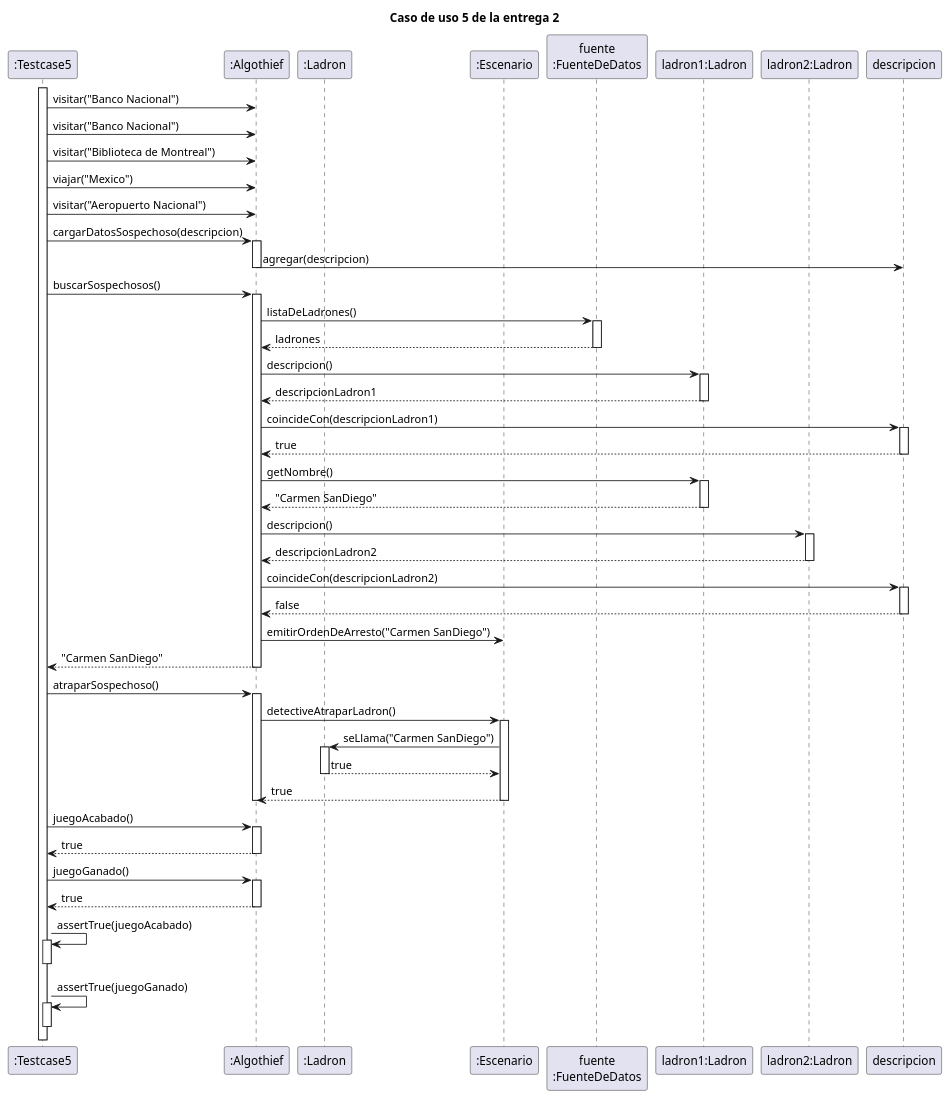
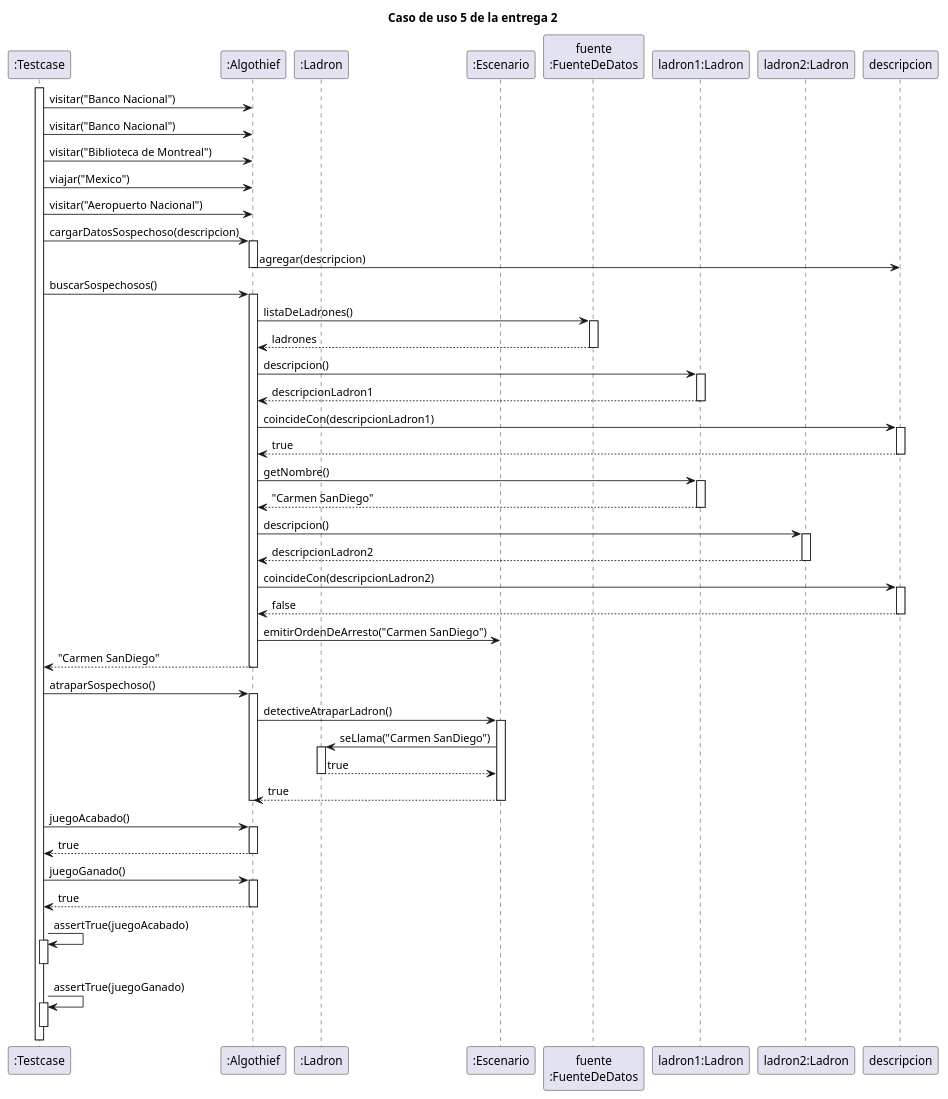
One commit to MegaRedHand/algo-thief changed the diagram in diagrams/sequences/secuencia_entrega2_testcase05.plantuml. Above: the diagram before and after it, drawn with PlantUML. The commit also changed 20 other files, not shown here.

Commit message:
docs: actualizo diagramas de secuencia de los casos de uso 3 y 4

```diff
--- a/diagrams/sequences/secuencia_entrega2_testcase05.plantuml
+++ b/diagrams/sequences/secuencia_entrega2_testcase05.plantuml
@@ -1,77 +1,77 @@
 @startuml
 
 title "Caso de uso 5 de la entrega 2"
 
-participant ":Testcase5" as testcase
+participant ":Testcase" as testcase
 participant ":Algothief" as algothief
 
 participant ":Ladron" as ladron
 participant ":Escenario" as escenario
 participant "fuente\n:FuenteDeDatos" as fuente
 
 participant "ladron1:Ladron" as ladron1
 participant "ladron2:Ladron" as ladron2
 
 activate testcase
 testcase -> algothief: visitar("Banco Nacional")
 testcase -> algothief: visitar("Banco Nacional")
 testcase -> algothief: visitar("Biblioteca de Montreal")
 
 testcase -> algothief: viajar("Mexico")
 testcase -> algothief: visitar("Aeropuerto Nacional")
 
 testcase -> algothief: cargarDatosSospechoso(descripcion)
     activate algothief
     algothief -> descripcion: agregar(descripcion)
     deactivate algothief
 
 testcase -> algothief: buscarSospechosos()
     activate algothief
     algothief -> fuente: listaDeLadrones()
         activate fuente
         return ladrones
     algothief -> ladron1: descripcion()
             activate ladron1
             return descripcionLadron1
     algothief -> descripcion: coincideCon(descripcionLadron1)
         activate descripcion
         return true
     algothief -> ladron1: getNombre()
         activate ladron1
         return "Carmen SanDiego"
     algothief -> ladron2: descripcion()
         activate ladron2
         return descripcionLadron2
     algothief -> descripcion: coincideCon(descripcionLadron2)
         activate descripcion
         return false
     algothief -> escenario: emitirOrdenDeArresto("Carmen SanDiego")
     return "Carmen SanDiego"
 
 testcase -> algothief: atraparSospechoso()
     activate algothief
     algothief -> escenario: detectiveAtraparLadron()
         activate escenario
         escenario -> ladron: seLlama("Carmen SanDiego")
             activate ladron
             return true
         return true
     deactivate algothief
 
 testcase -> algothief: juegoAcabado()
     activate algothief
     return true
 
 testcase -> algothief: juegoGanado()
     activate algothief
     return true
 
 testcase -> testcase: assertTrue(juegoAcabado)
 activate testcase
 deactivate testcase
 
 testcase -> testcase: assertTrue(juegoGanado)
 activate testcase
 deactivate testcase
 
 @enduml
```
